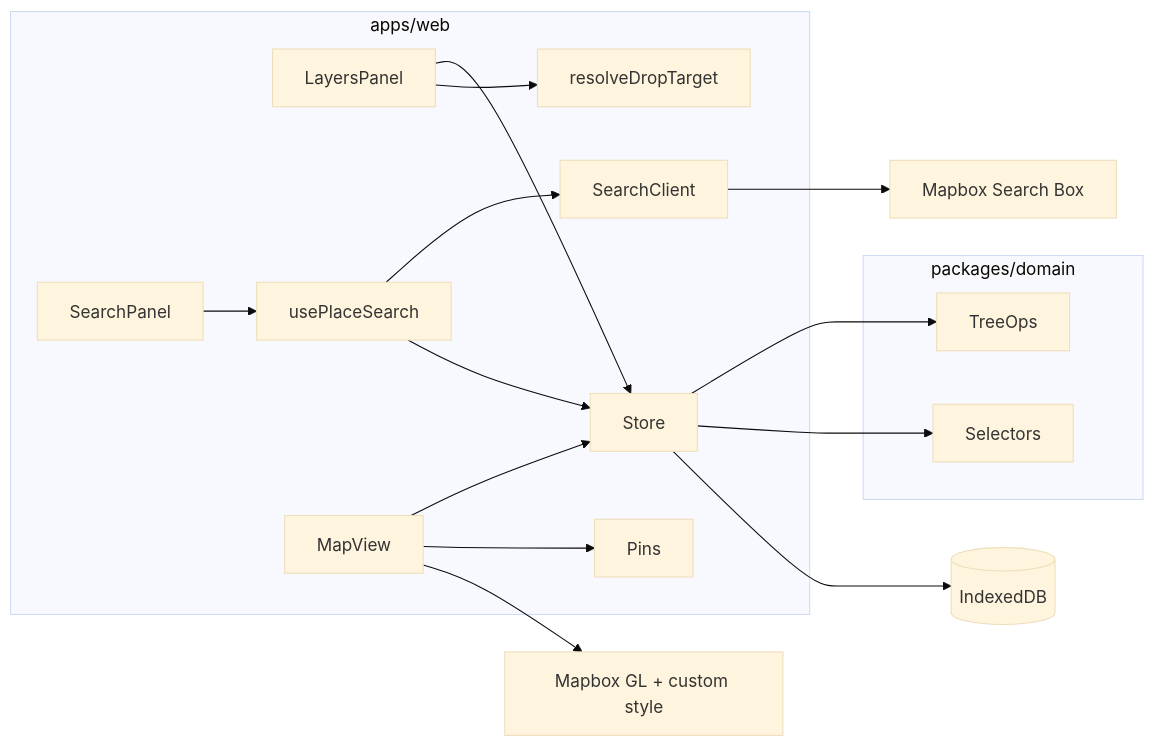
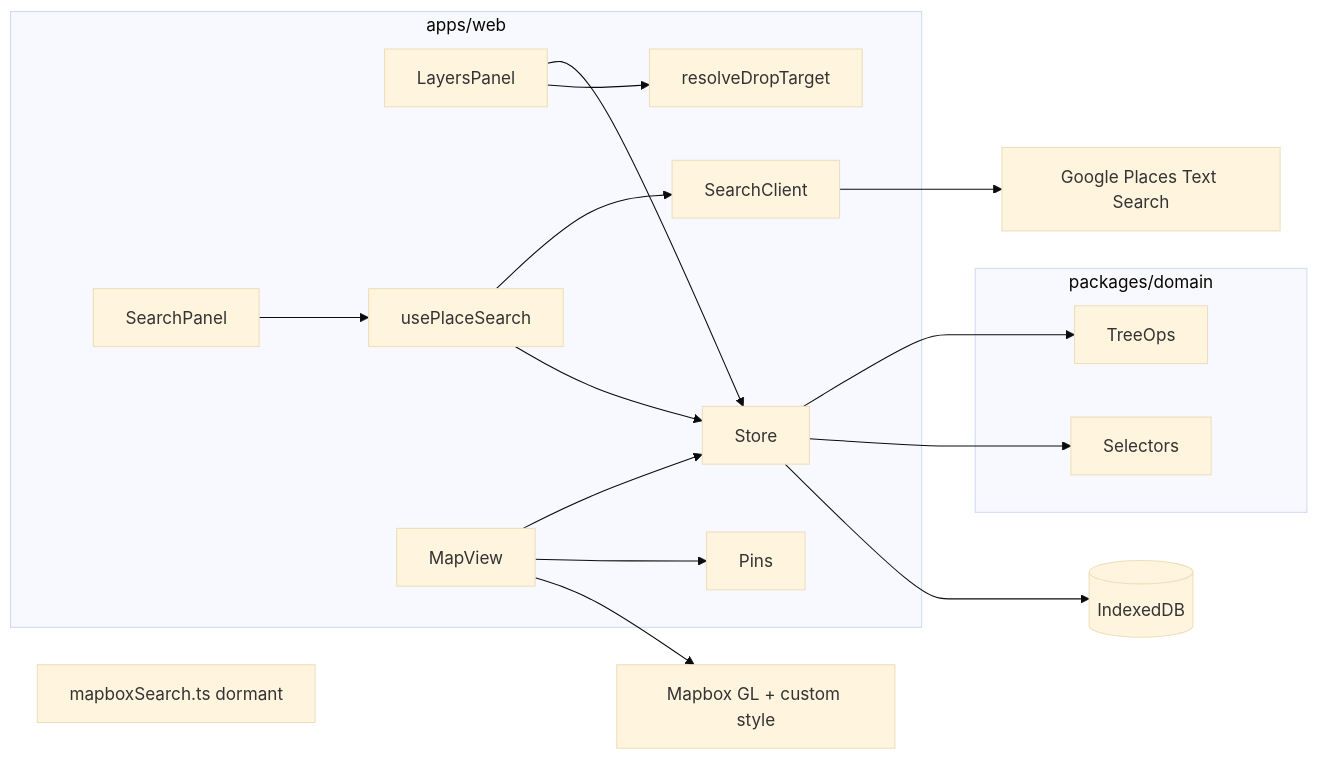
Before and after one commit to louismcohen/map-layers: the diagram in docs/ARCHITECTURE.md, drawn with Mermaid (base theme). The commit also changed other lines of this file and 7 other files, not shown here.

````diff
--- a/docs/ARCHITECTURE.md
+++ b/docs/ARCHITECTURE.md
@@ -179,22 +181,23 @@
 ```mermaid
 flowchart LR
   subgraph ui [apps/web]
     LayersPanel --> Store
     LayersPanel --> resolveDropTarget
     SearchPanel --> usePlaceSearch
     usePlaceSearch --> SearchClient
     usePlaceSearch --> Store
     MapView --> Store
     MapView --> Pins
   end
   subgraph domain [packages/domain]
     TreeOps
     Selectors
     resolveDropTarget
   end
   Store --> TreeOps
   Store --> Selectors
   Store --> IDB[(IndexedDB)]
-  SearchClient --> MapboxSearch[Mapbox Search Box]
+  SearchClient --> GooglePlaces[Google Places Text Search]
+  mapboxSearchDormant[mapboxSearch.ts dormant]
   MapView --> MapboxGL[Mapbox GL + custom style]
 ```
````
